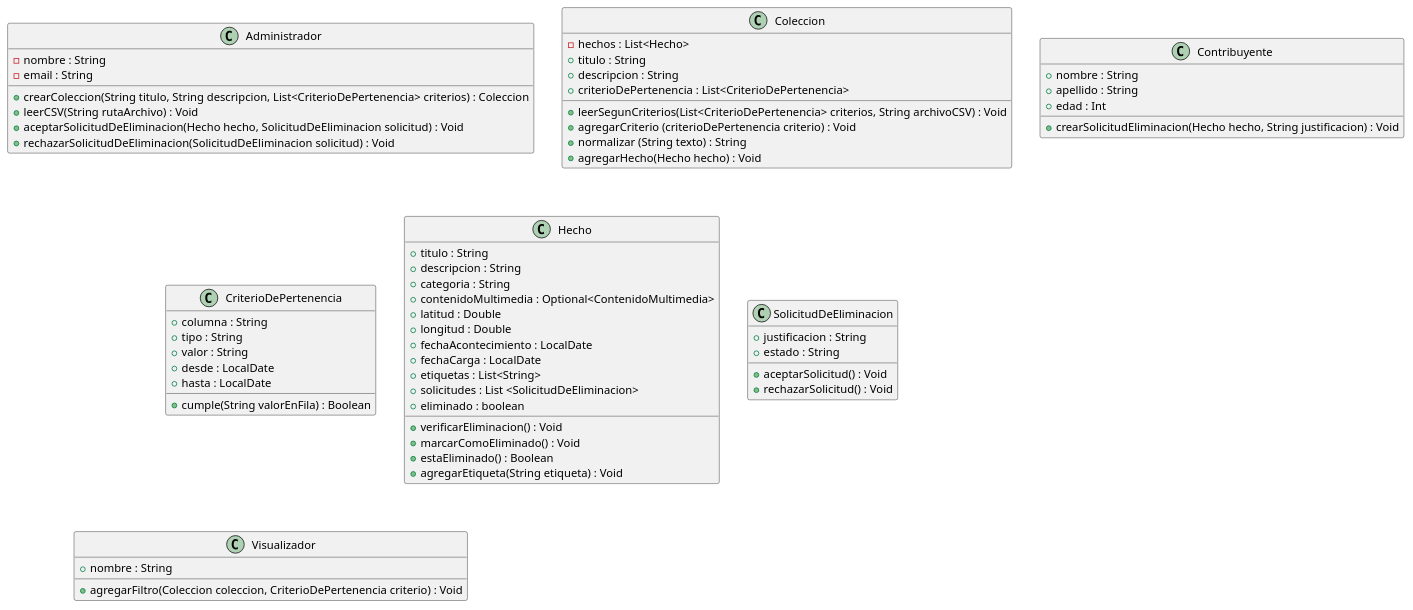
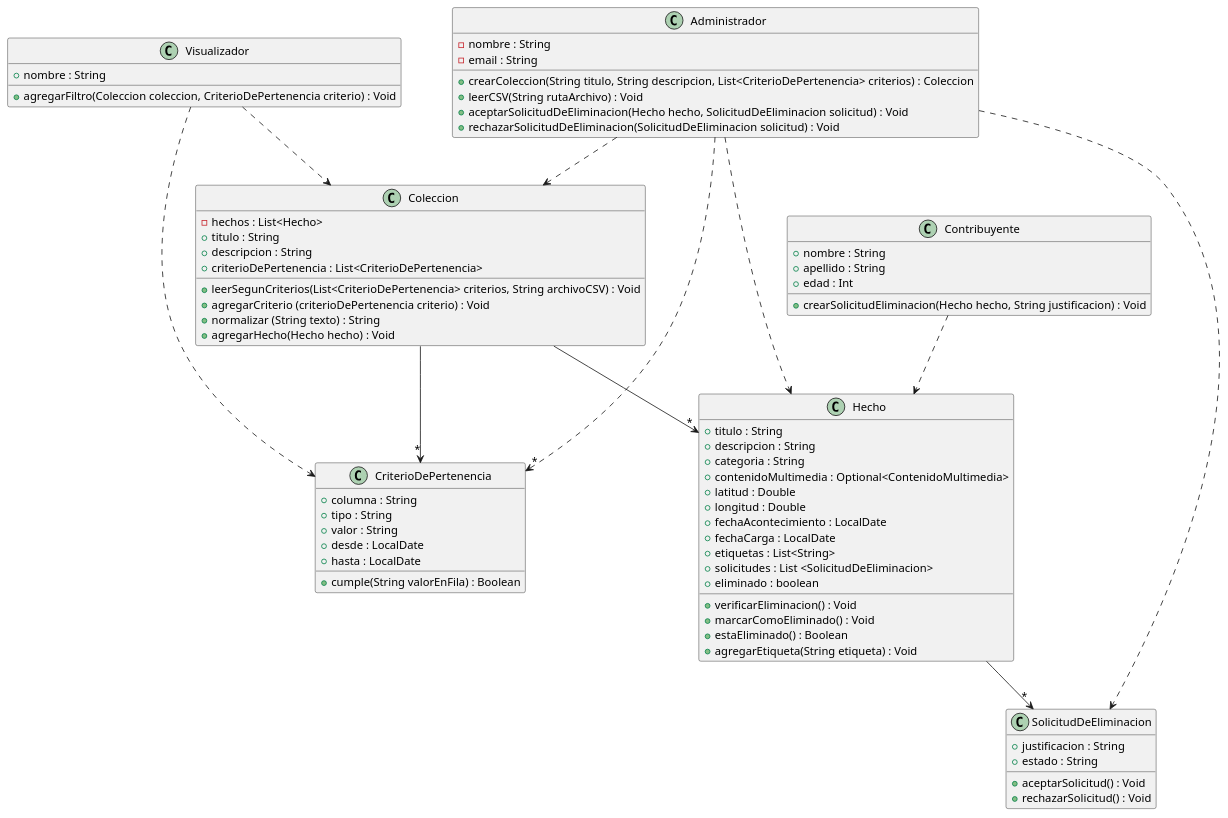
One commit to totopedroo/metamapa-tpa changed the diagram in docs/diagrama_clases.puml. Above: the diagram before and after it, drawn with PlantUML.

Commit message:
agrego diagrama de clases plantUML

```diff
--- a/docs/diagrama_clases.puml
+++ b/docs/diagrama_clases.puml
@@ -1,82 +1,94 @@
 @startuml
+
+Administrador ..>"*" CriterioDePertenencia
+Administrador ..> Coleccion
+Administrador ..> Hecho
+Administrador ..> SolicitudDeEliminacion
+
+Hecho -->"*"SolicitudDeEliminacion
+Coleccion -->"*" Hecho
+Coleccion -->"*" CriterioDePertenencia
+Contribuyente ..> Hecho
+Visualizador ..> Coleccion
+Visualizador ..> CriterioDePertenencia
 
 class Administrador {
 - nombre : String
 - email : String
 
 + crearColeccion(String titulo, String descripcion, List<CriterioDePertenencia> criterios) : Coleccion
 + leerCSV(String rutaArchivo) : Void
 + aceptarSolicitudDeEliminacion(Hecho hecho, SolicitudDeEliminacion solicitud) : Void
 + rechazarSolicitudDeEliminacion(SolicitudDeEliminacion solicitud) : Void
 
 }
 
 
 class Coleccion {
 - hechos : List<Hecho>
 + titulo : String
 + descripcion : String
 + criterioDePertenencia : List<CriterioDePertenencia>
 
 +leerSegunCriterios(List<CriterioDePertenencia> criterios, String archivoCSV) : Void
 + agregarCriterio (criterioDePertenencia criterio) : Void
 + normalizar (String texto) : String
 + agregarHecho(Hecho hecho) : Void
 
 
 }
 
 class Contribuyente {
  + nombre : String
  + apellido : String
  + edad : Int
 
  +crearSolicitudEliminacion(Hecho hecho, String justificacion) : Void
 
 }
 
 class CriterioDePertenencia {
 + columna : String
 + tipo : String
 + valor : String
 +desde : LocalDate
 + hasta : LocalDate
 
 + cumple(String valorEnFila) : Boolean
 }
 
 class Hecho{
 + titulo : String
 + descripcion : String
 + categoria : String
 + contenidoMultimedia : Optional<ContenidoMultimedia>
 +latitud : Double
 + longitud : Double
 + fechaAcontecimiento : LocalDate
 + fechaCarga : LocalDate
 + etiquetas : List<String>
 + solicitudes : List <SolicitudDeEliminacion>
 + eliminado : boolean
 
 + verificarEliminacion() : Void
 +marcarComoEliminado() : Void
 + estaEliminado() : Boolean
 + agregarEtiqueta(String etiqueta) : Void
 
 }
 
 class SolicitudDeEliminacion {
 + justificacion : String
 + estado : String
 
 + aceptarSolicitud() : Void
 + rechazarSolicitud() : Void
 }
 
 class Visualizador {
 + nombre : String
 
 +agregarFiltro(Coleccion coleccion, CriterioDePertenencia criterio) : Void
 }
 
 @enduml
```
